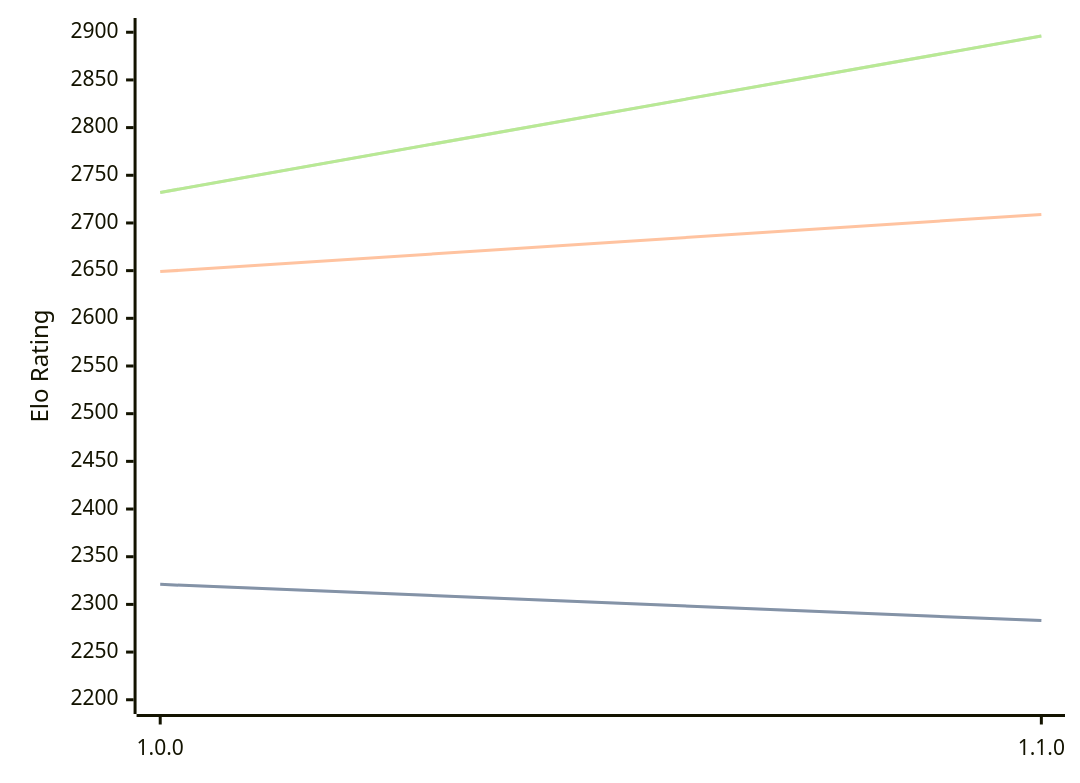
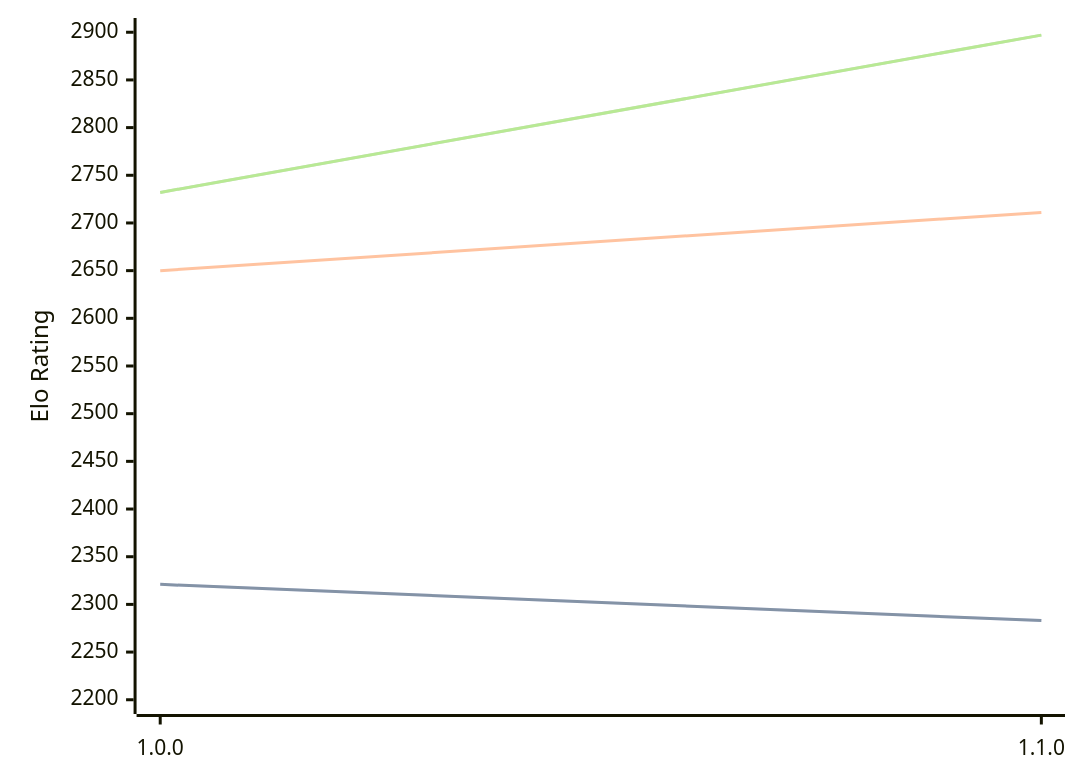
One commit to computer-chess-index/cci changed the third of 3 diagrams in engines/ShallowGuess.md. Above: the diagram before and after it, drawn with Mermaid. The commit also changed other lines of this file, not shown here.

Commit message:
Update CCI Ratings (ELO VLTC) - 2026-06-24

````diff
--- a/engines/ShallowGuess.md
+++ b/engines/ShallowGuess.md
@@ -69,11 +69,11 @@
 ```mermaid
 %%{init: {"theme":"base","themeVariables":{"seriesColors:['#a3a3a3','#222221','#faa371']}}}%%
 xychart-beta
   x-axis ["1.0.0", "1.1.0"]
   y-axis "Elo Rating" 2200 --> 2900
   line "STC (8.0+0.08s)" [2321, 2283]
   line "STC (8.0+0.08s)" [2321, 2283]
-  line "LTC (60.0+0.60s)" [2649, 2709]
-  line "VLTC (2m24s+1.12s)" [2732, 2896]
-  line "VLTC (2m24s+1.12s)" [2732, 2896]
+  line "LTC (60.0+0.60s)" [2650, 2711]
+  line "VLTC (2m24s+1.12s)" [2732, 2897]
+  line "VLTC (2m24s+1.12s)" [2732, 2897]
 ```
````
